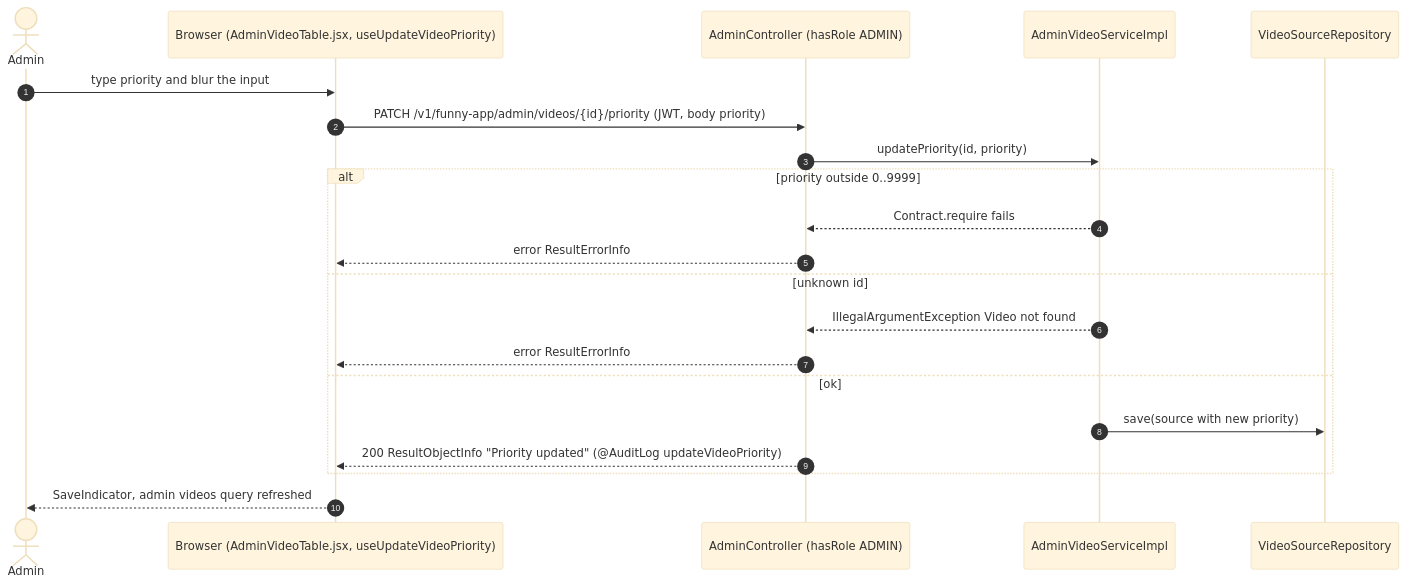
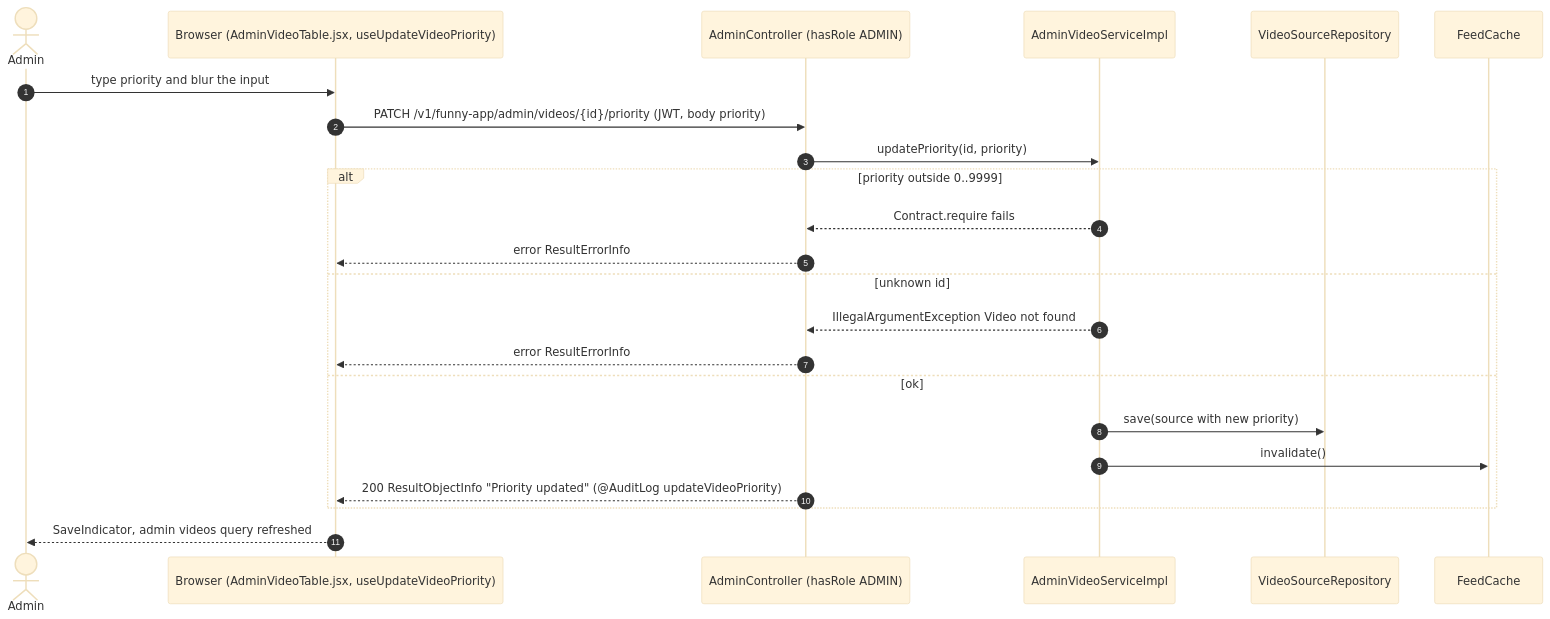
The third of 4 diagrams in docs/sequence/sequence-hot-video-priority.md (nguyenhuuca/assessment), drawn with Mermaid (base theme) before and after one commit. The commit also changed other lines of this file and 16 other files, not shown here.

First line of the commit message:
docs(sequence): bring all sequence diagrams in line with the current code

````diff
--- a/docs/sequence/sequence-hot-video-priority.md
+++ b/docs/sequence/sequence-hot-video-priority.md
@@ -85,24 +97,26 @@
 ```mermaid
 sequenceDiagram
     autonumber
     actor A as Admin
     participant FE as Browser (AdminVideoTable.jsx, useUpdateVideoPriority)
     participant API as AdminController (hasRole ADMIN)
     participant S as AdminVideoServiceImpl
     participant R as VideoSourceRepository
+    participant FC as FeedCache
 
     A->>FE: type priority and blur the input
     FE->>API: PATCH /v1/funny-app/admin/videos/{id}/priority (JWT, body priority)
     API->>S: updatePriority(id, priority)
     alt priority outside 0..9999
         S-->>API: Contract.require fails
         API-->>FE: error ResultErrorInfo
     else unknown id
         S-->>API: IllegalArgumentException Video not found
         API-->>FE: error ResultErrorInfo
     else ok
         S->>R: save(source with new priority)
+        S->>FC: invalidate()
         API-->>FE: 200 ResultObjectInfo "Priority updated" (@AuditLog updateVideoPriority)
     end
     FE-->>A: SaveIndicator, admin videos query refreshed
 ```
````
